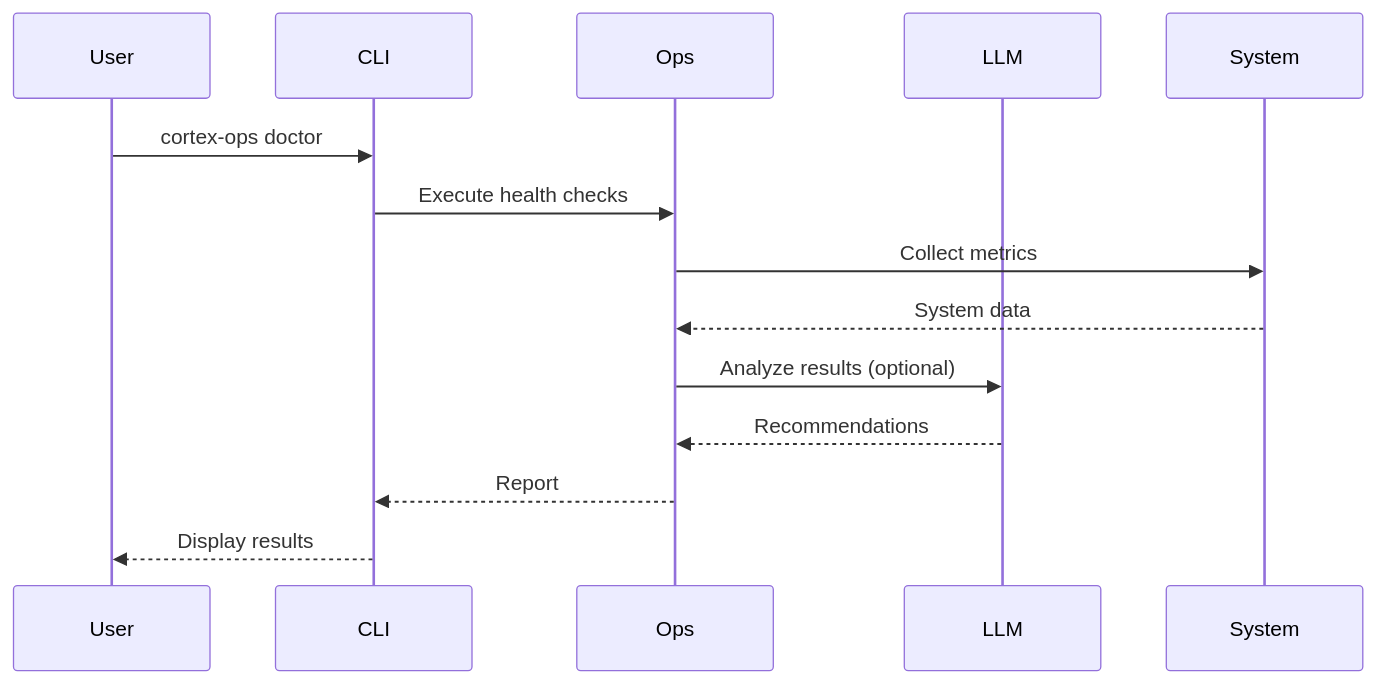
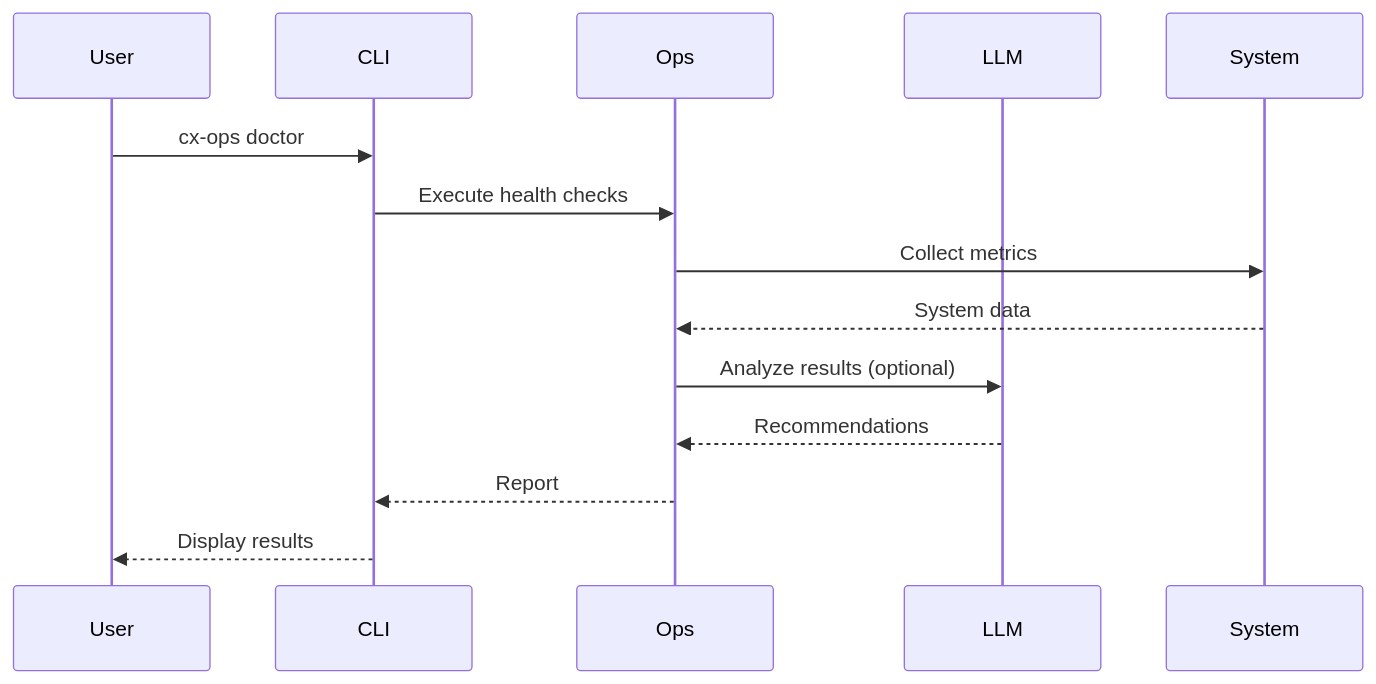
Before and after one commit to cxlinux-ai/cx-web: the second of 3 diagrams in docs/docs/architecture/overview.md, drawn with Mermaid. The commit also changed other lines of this file and 21 other files, not shown here.

````diff
--- a/docs/docs/architecture/overview.md
+++ b/docs/docs/architecture/overview.md
@@ -123,17 +123,17 @@
 ```mermaid
 sequenceDiagram
     participant User
     participant CLI
     participant Ops
     participant LLM
     participant System
 
-    User->>CLI: cortex-ops doctor
+    User->>CLI: cx-ops doctor
     CLI->>Ops: Execute health checks
     Ops->>System: Collect metrics
     System-->>Ops: System data
     Ops->>LLM: Analyze results (optional)
     LLM-->>Ops: Recommendations
     Ops-->>CLI: Report
     CLI-->>User: Display results
 ```
````
